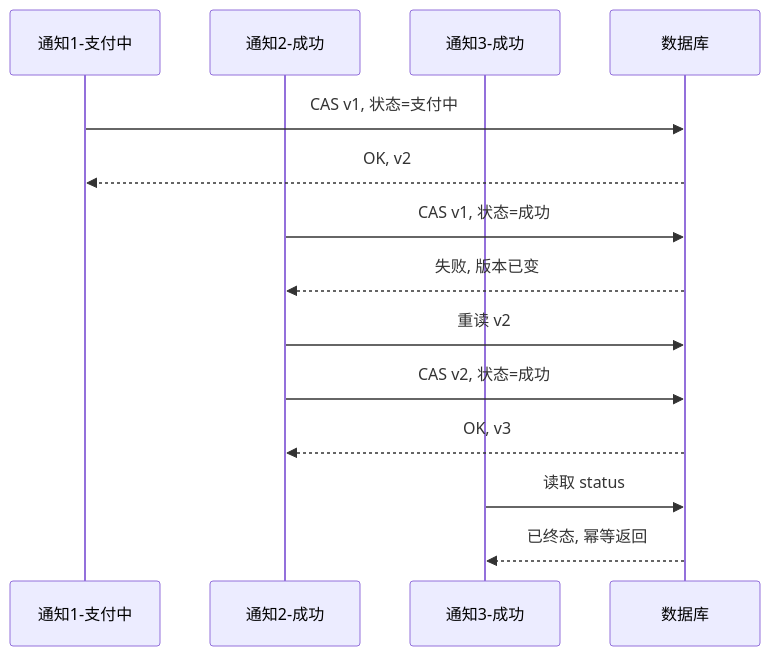
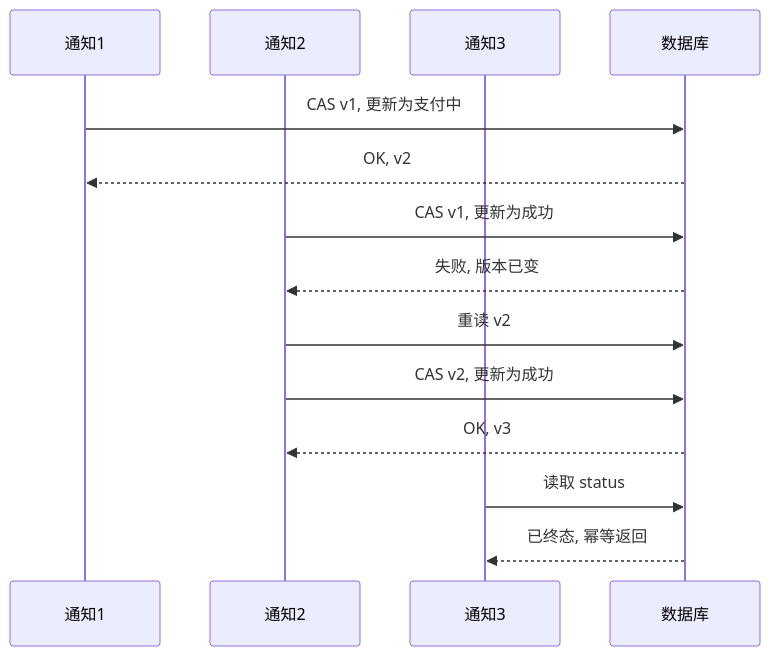
The third of 7 diagrams in docs/architecture/case-studies/high-concurrency-payment-system-practice-notes.md (skingford/knowledge), drawn with Mermaid before and after one commit. The commit also changed other lines of this file and 1 other file, not shown here.

````diff
--- a/docs/architecture/case-studies/high-concurrency-payment-system-practice-notes.md
+++ b/docs/architecture/case-studies/high-concurrency-payment-system-practice-notes.md
@@ -236,17 +244,17 @@
 ```mermaid
 sequenceDiagram
-    participant N1 as 通知1-支付中
-    participant N2 as 通知2-成功
-    participant N3 as 通知3-成功
+    participant N1 as 通知1
+    participant N2 as 通知2
+    participant N3 as 通知3
     participant DB as 数据库
 
-    N1->>DB: CAS v1, 状态=支付中
+    N1->>DB: CAS v1, 更新为支付中
     DB-->>N1: OK, v2
-    N2->>DB: CAS v1, 状态=成功
+    N2->>DB: CAS v1, 更新为成功
     DB-->>N2: 失败, 版本已变
     N2->>DB: 重读 v2
-    N2->>DB: CAS v2, 状态=成功
+    N2->>DB: CAS v2, 更新为成功
     DB-->>N2: OK, v3
     N3->>DB: 读取 status
     DB-->>N3: 已终态, 幂等返回
 ```
````
